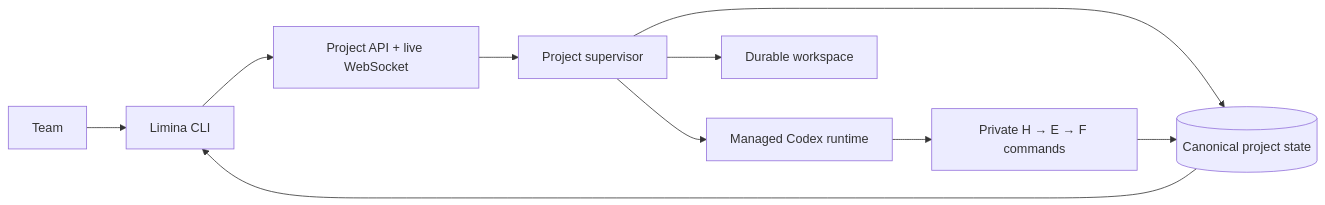
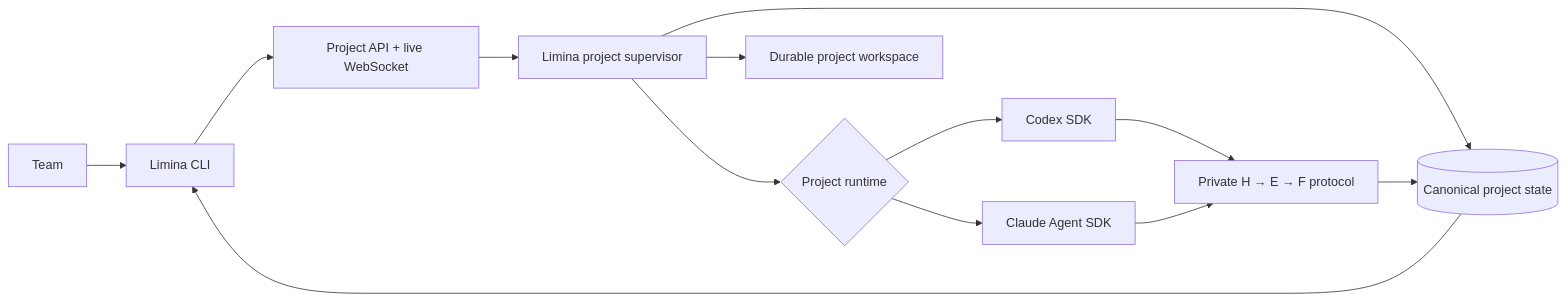
Before and after one commit to theam/autonomous-researcher: the diagram in README.md, drawn with Mermaid. The commit also changed other lines of this file and 21 other files, not shown here.

Commit message:
feat(runtime): add managed Claude Code engine

````diff
--- a/README.md
+++ b/README.md
@@ -237,12 +246,15 @@
 ```mermaid
 flowchart LR
     Team["Team"] --> CLI["Limina CLI"]
     CLI --> API["Project API + live WebSocket"]
-    API --> Supervisor["Project supervisor"]
-    Supervisor --> Codex["Managed Codex runtime"]
-    Supervisor --> Workspace["Durable workspace"]
+    API --> Supervisor["Limina project supervisor"]
+    Supervisor --> Adapter{"Project runtime"}
+    Adapter --> Codex["Codex SDK"]
+    Adapter --> Claude["Claude Agent SDK"]
+    Supervisor --> Workspace["Durable project workspace"]
     Supervisor --> DB[("Canonical project state")]
-    Codex --> Knowledge["Private H → E → F commands"]
+    Codex --> Knowledge["Private H → E → F protocol"]
+    Claude --> Knowledge
     Knowledge --> DB
     DB --> CLI
 ```
````
